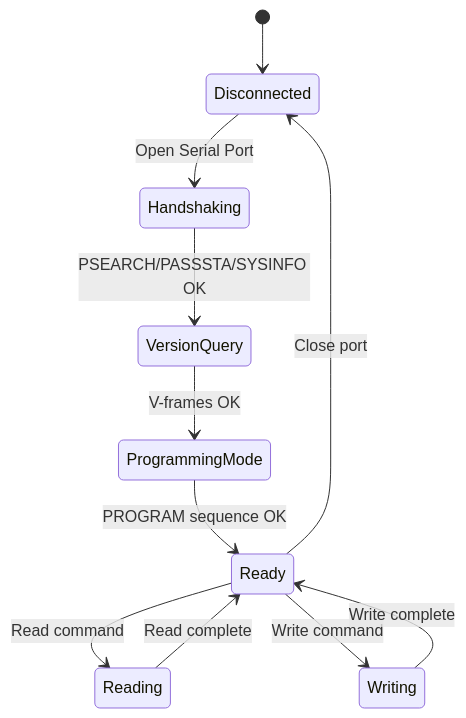
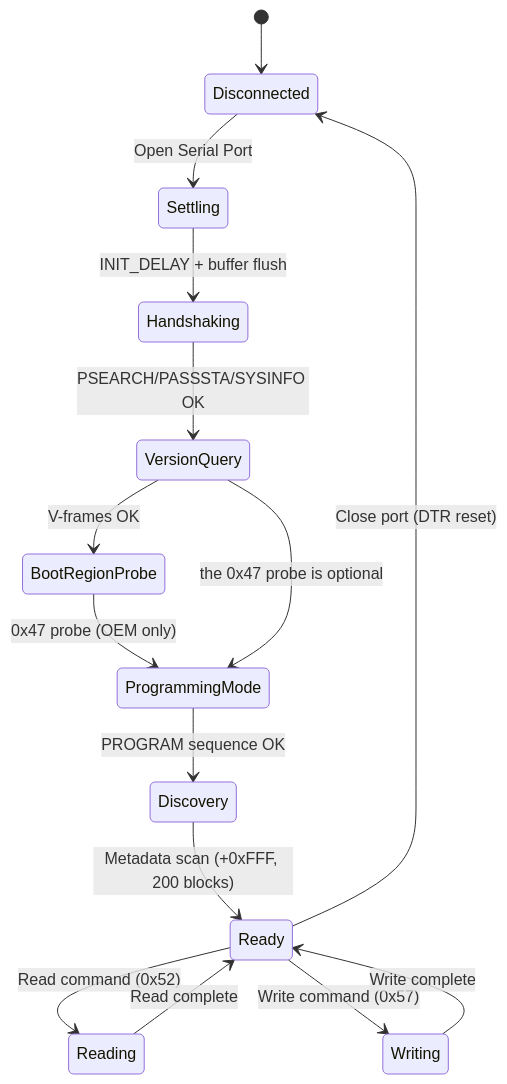
The diagram in 02-CONNECTION-SEQUENCE.md (infamy/DM32-Protocol-Spec), drawn with Mermaid before and after one commit. The commit also changed other lines of this file and 10 other files, not shown here.

````diff
--- a/02-CONNECTION-SEQUENCE.md
+++ b/02-CONNECTION-SEQUENCE.md
@@ -11,13 +33,17 @@
 ```mermaid
 stateDiagram-v2
     [*] --> Disconnected
-    Disconnected --> Handshaking: Open Serial Port
+    Disconnected --> Settling: Open Serial Port
+    Settling --> Handshaking: INIT_DELAY + buffer flush
     Handshaking --> VersionQuery: PSEARCH/PASSSTA/SYSINFO OK
-    VersionQuery --> ProgrammingMode: V-frames OK
-    ProgrammingMode --> Ready: PROGRAM sequence OK
-    Ready --> Reading: Read command
-    Ready --> Writing: Write command
+    VersionQuery --> BootRegionProbe: V-frames OK
+    BootRegionProbe --> ProgrammingMode: 0x47 probe (OEM only)
+    VersionQuery --> ProgrammingMode: the 0x47 probe is optional
+    ProgrammingMode --> Discovery: PROGRAM sequence OK
+    Discovery --> Ready: Metadata scan (+0xFFF, 200 blocks)
+    Ready --> Reading: Read command (0x52)
+    Ready --> Writing: Write command (0x57)
     Reading --> Ready: Read complete
     Writing --> Ready: Write complete
-    Ready --> Disconnected: Close port
+    Ready --> Disconnected: Close port (DTR reset)
 ```
````
